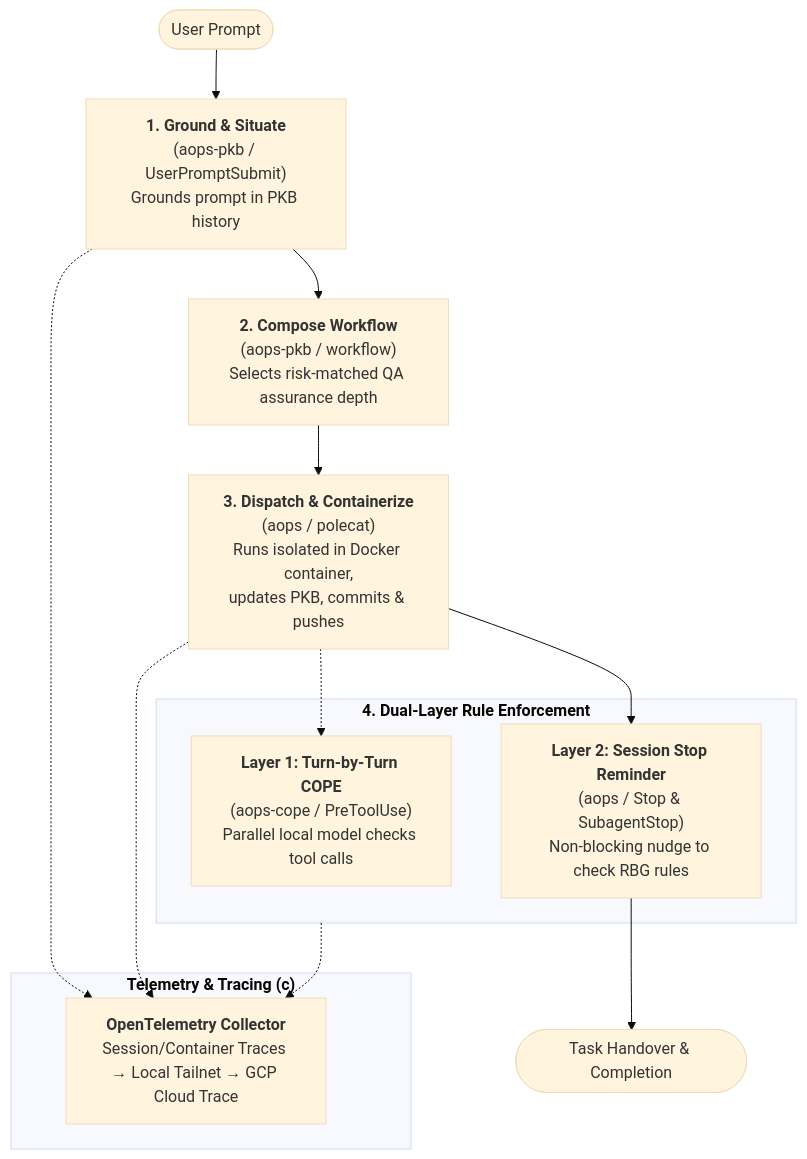
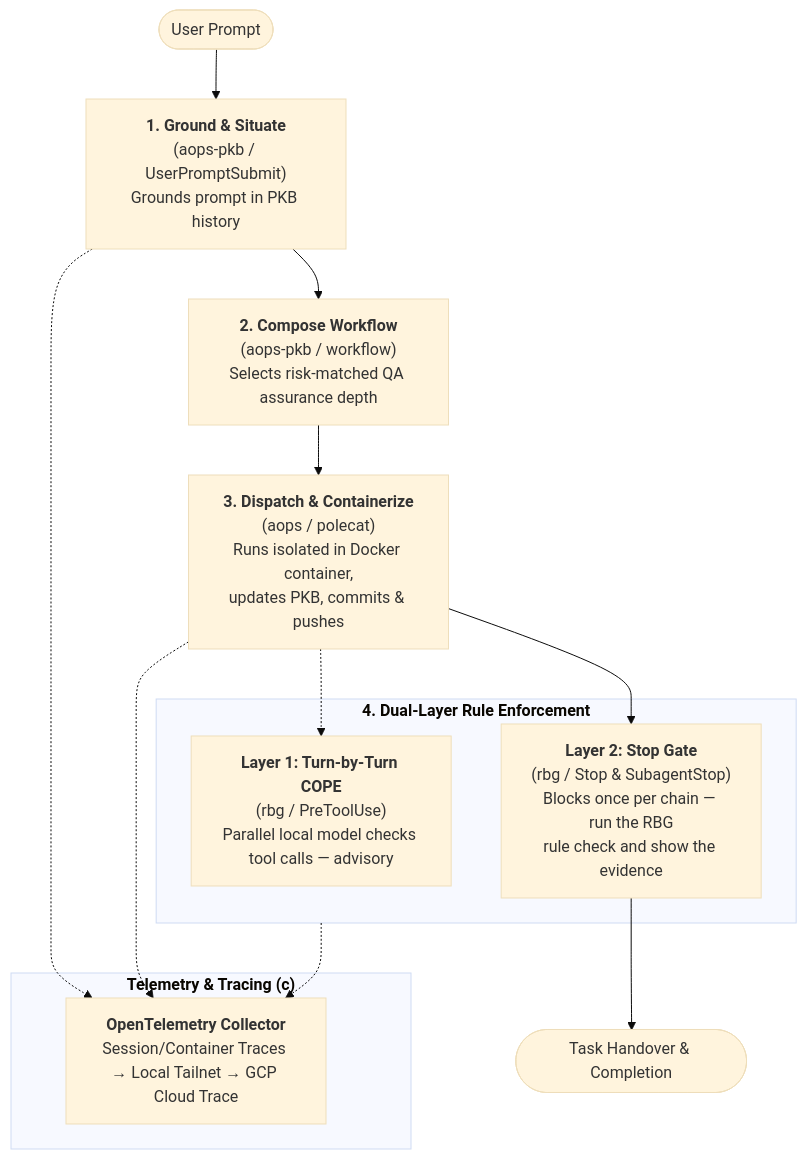
Before and after one commit to nicsuzor/academicOps: the diagram in README.md, drawn with Mermaid (base theme). The commit also changed other lines of this file, not shown here.

First line of the commit message:
Stop the front-door README calling layer 2 non-blocking

````diff
--- a/README.md
+++ b/README.md
@@ -16,23 +16,23 @@
 ```mermaid
 flowchart TD
     U([User Prompt]) --> P1["<b>1. Ground & Situate</b><br/>(aops-pkb / UserPromptSubmit)<br/>Grounds prompt in PKB history"]
     P1 --> P2["<b>2. Compose Workflow</b><br/>(aops-pkb / workflow)<br/>Selects risk-matched QA assurance depth"]
     P2 --> P3["<b>3. Dispatch & Containerize</b><br/>(aops / polecat)<br/>Runs isolated in Docker container,<br/>updates PKB, commits & pushes"]
     
     subgraph Enforcement["<b>4. Dual-Layer Rule Enforcement</b>"]
-        E1["<b>Layer 1: Turn-by-Turn COPE</b><br/>(aops-cope / PreToolUse)<br/>Parallel local model checks tool calls"]
-        E2["<b>Layer 2: Session Stop Reminder</b><br/>(aops / Stop & SubagentStop)<br/>Non-blocking nudge to check RBG rules"]
+        E1["<b>Layer 1: Turn-by-Turn COPE</b><br/>(rbg / PreToolUse)<br/>Parallel local model checks tool calls — advisory"]
+        E2["<b>Layer 2: Stop Gate</b><br/>(rbg / Stop & SubagentStop)<br/>Blocks once per chain — run the RBG<br/>rule check and show the evidence"]
     end
 
     P3 -.-> E1
     P3 --> E2
     E2 --> F([Task Handover & Completion])
 
     subgraph Tracing["<b>Telemetry & Tracing (c)</b>"]
         OTEL["<b>OpenTelemetry Collector</b><br/>Session/Container Traces → Local Tailnet → GCP Cloud Trace"]
     end
 
     P1 -.-> OTEL
     P3 -.-> OTEL
     Enforcement -.-> OTEL
 ```
````
